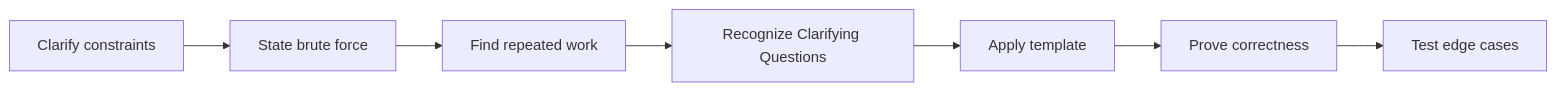
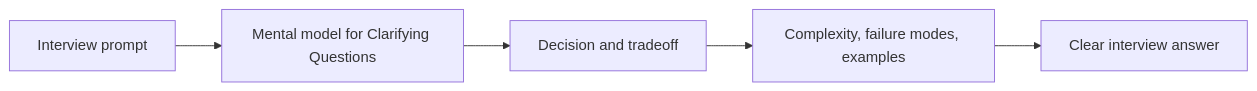
One commit to abstractinterviews/abstractinterviews.github.io changed the second of 2 diagrams in coding-round/strategy/clarifying-questions/index.md. Above: the diagram before and after it, drawn with Mermaid. The commit also changed other lines of this file and 278 other files, not shown here.

````diff
--- a/coding-round/strategy/clarifying-questions/index.md
+++ b/coding-round/strategy/clarifying-questions/index.md
@@ -123,9 +121,7 @@
-~~~mermaid
+```mermaid
 flowchart LR
-    A["Clarify constraints"] --> B["State brute force"]
-    B --> C["Find repeated work"]
-    C --> D["Recognize Clarifying Questions"]
-    D --> E["Apply template"]
-    E --> F["Prove correctness"]
-    F --> G["Test edge cases"]
-~~~
+    Problem["Interview prompt"] --> Model["Mental model for Clarifying Questions"]
+    Model --> Choice["Decision and tradeoff"]
+    Choice --> Evidence["Complexity, failure modes, examples"]
+    Evidence --> Answer["Clear interview answer"]
+```
````
